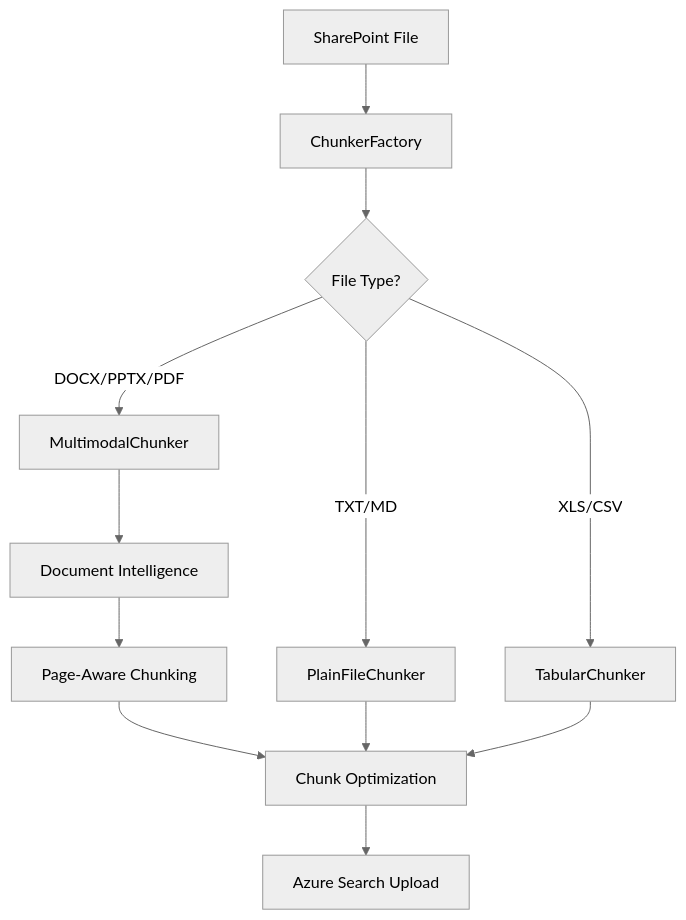
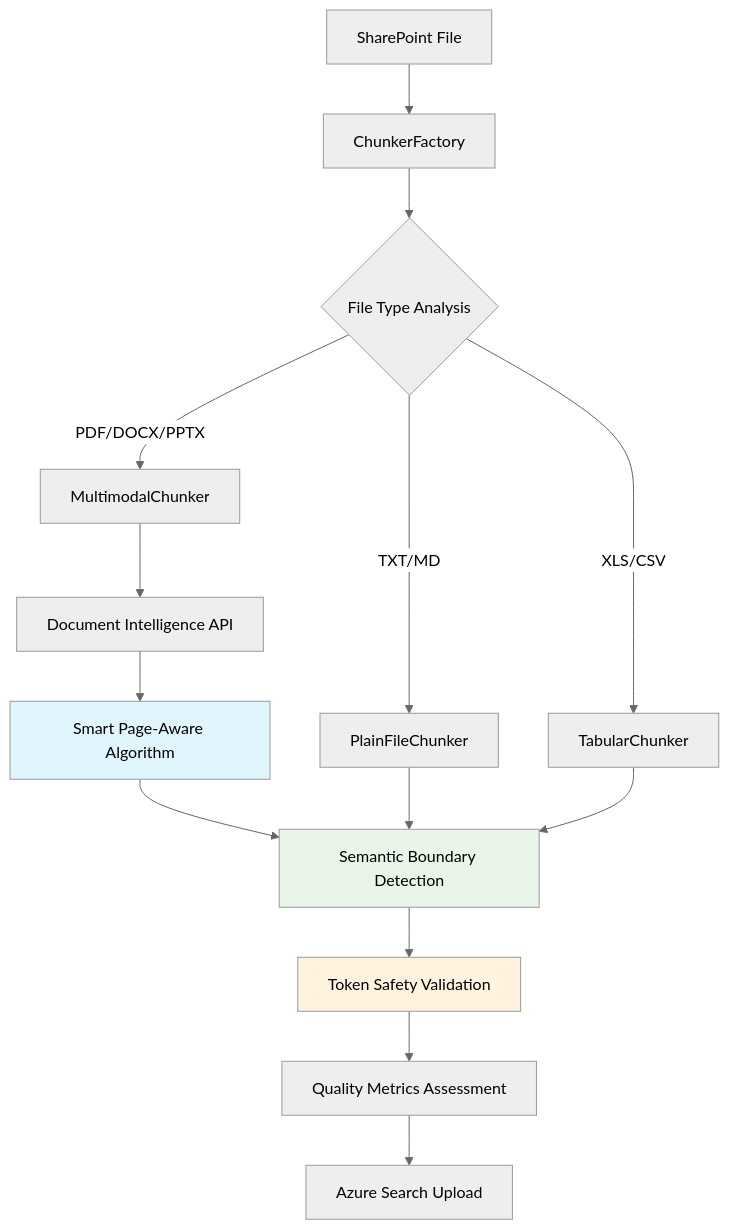
Before and after one commit to roie9876/agentic-rag-demo: the first of 2 diagrams in docs/technical/sharepoint_chunking_workflow.md, drawn with Mermaid (neutral theme). The commit also changed other lines of this file and 3 other files, not shown here.

````diff
--- a/docs/technical/sharepoint_chunking_workflow.md
+++ b/docs/technical/sharepoint_chunking_workflow.md
@@ -32,14 +99,20 @@
 ```mermaid
 graph TD
     A[SharePoint File] --> B[ChunkerFactory]
-    B --> C{File Type?}
-    C -->|DOCX/PPTX/PDF| D[MultimodalChunker]
+    B --> C{File Type Analysis}
+    C -->|PDF/DOCX/PPTX| D[MultimodalChunker]
     C -->|TXT/MD| E[PlainFileChunker]
     C -->|XLS/CSV| F[TabularChunker]
-    D --> G[Document Intelligence]
-    G --> H[Page-Aware Chunking]
-    H --> I[Chunk Optimization]
-    I --> J[Azure Search Upload]
+    D --> G[Document Intelligence API]
+    G --> H[Smart Page-Aware Algorithm]
+    H --> I[Semantic Boundary Detection]
+    I --> J[Token Safety Validation]
+    J --> K[Quality Metrics Assessment]
+    K --> L[Azure Search Upload]
     E --> I
     F --> I
+    
+    style H fill:#e1f5fe
+    style I fill:#e8f5e8
+    style J fill:#fff3e0
 ```
````
